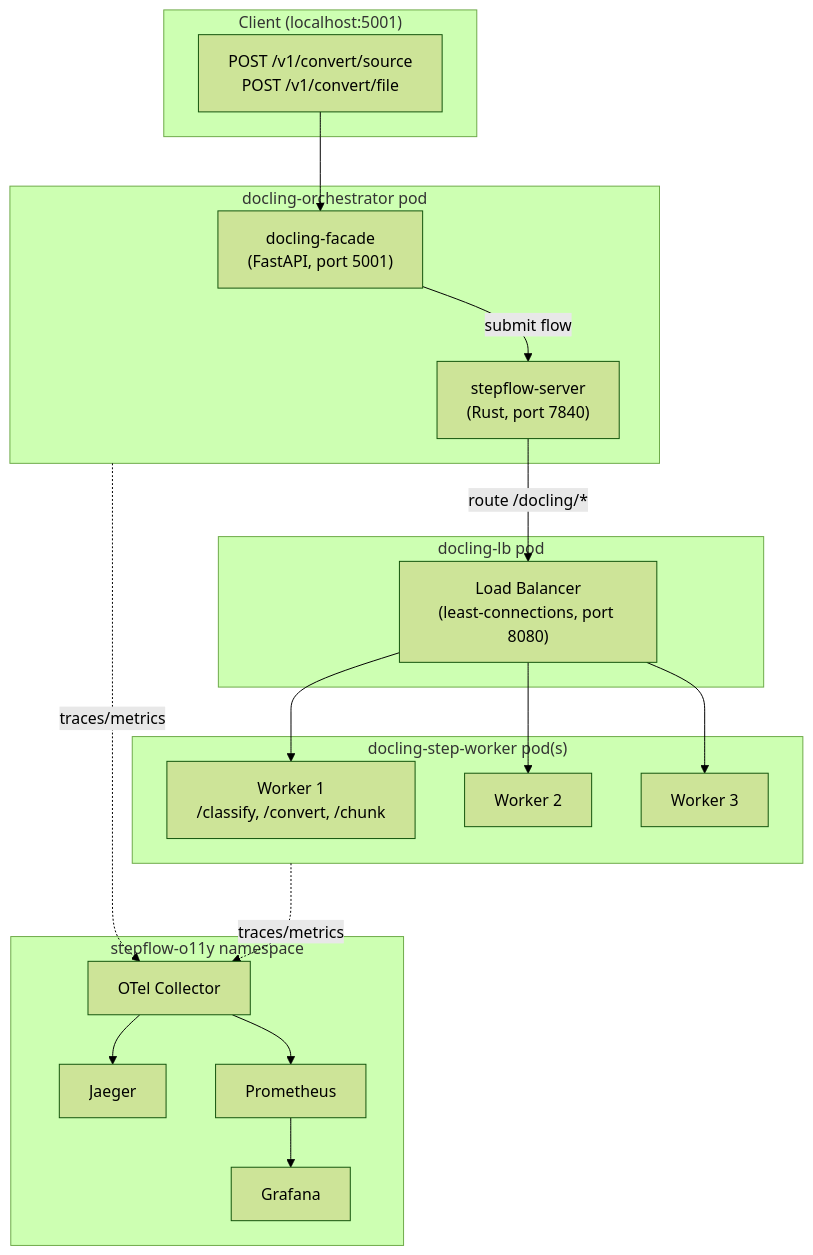
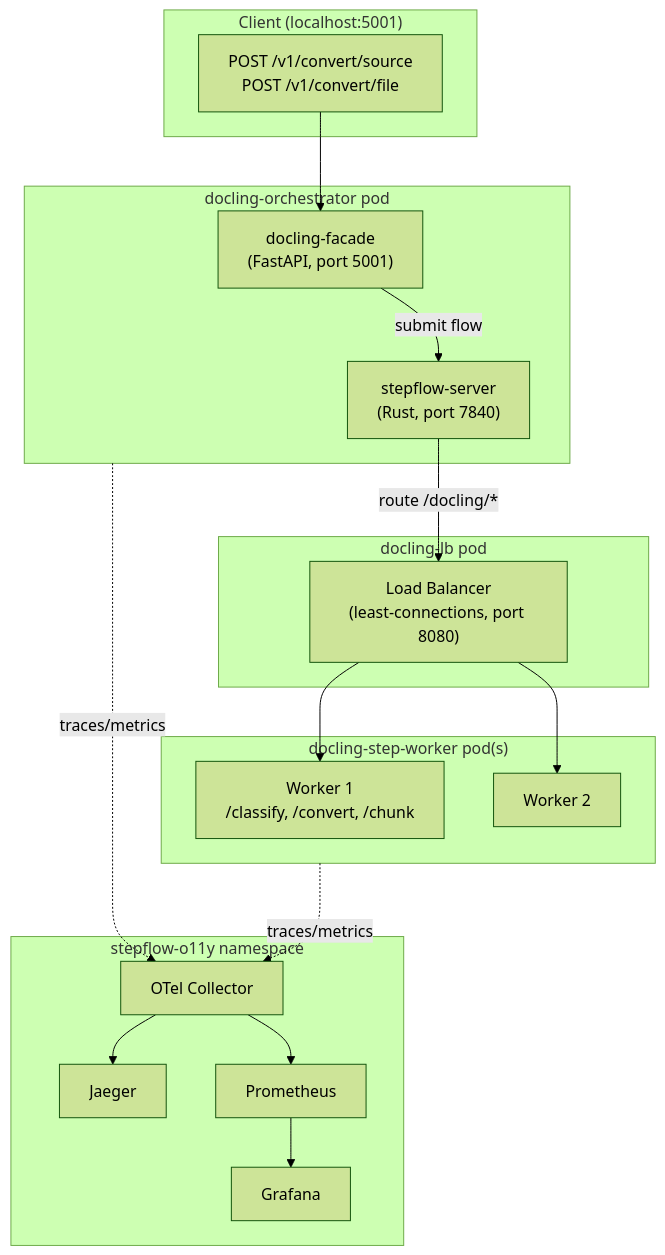
One commit to stepflow-ai/stepflow changed the first of 3 diagrams in docs/blog/2026-03-docling-step-worker-deploy.md. Above: the diagram before and after it, drawn with Mermaid (forest theme). The commit also changed other lines of this file and 2 other files, not shown here.

````diff
--- a/docs/blog/2026-03-docling-step-worker-deploy.md
+++ b/docs/blog/2026-03-docling-step-worker-deploy.md
@@ -48,37 +48,36 @@
 ```mermaid
 flowchart TB
     subgraph client["Client (localhost:5001)"]
         C["POST /v1/convert/source<br/>POST /v1/convert/file"]
     end
 
     subgraph orch["docling-orchestrator pod"]
         F["docling-facade<br/>(FastAPI, port 5001)"]
         S["stepflow-server<br/>(Rust, port 7840)"]
         F -->|"submit flow"| S
     end
 
     subgraph lb["docling-lb pod"]
         LB["Load Balancer<br/>(least-connections, port 8080)"]
     end
 
     subgraph workers["docling-step-worker pod(s)"]
         W1["Worker 1<br/>/classify, /convert, /chunk"]
         W2["Worker 2"]
-        W3["Worker 3"]
     end
 
     subgraph o11y["stepflow-o11y namespace"]
         OT["OTel Collector"]
         J["Jaeger"]
         P["Prometheus"]
         G["Grafana"]
         OT --> J & P
         P --> G
     end
 
     C --> F
     S -->|"route /docling/*"| LB
-    LB --> W1 & W2 & W3
+    LB --> W1 & W2
     orch -.->|"traces/metrics"| OT
     workers -.->|"traces/metrics"| OT
 ```
````
